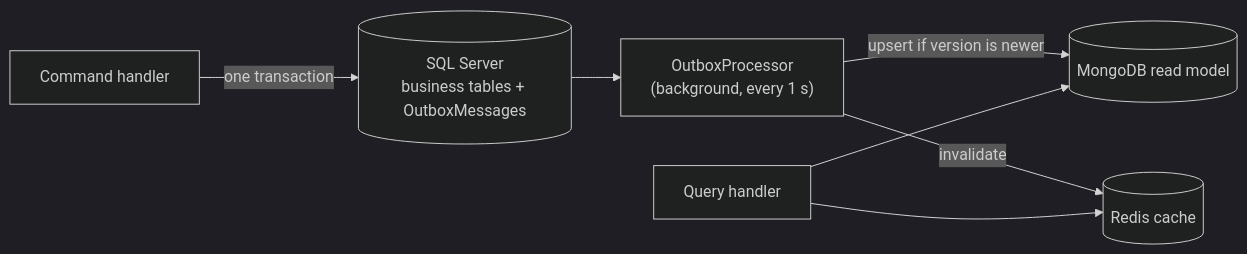
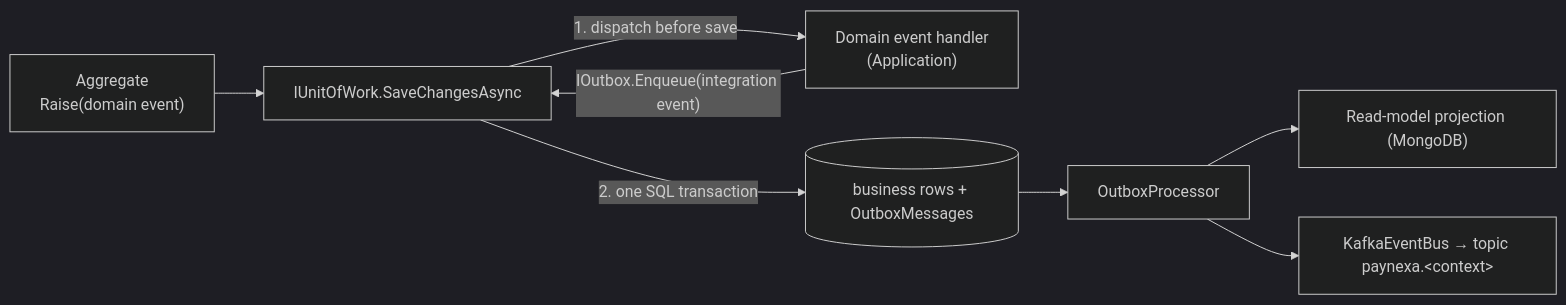
One commit to saidul-islam-rajib/PayNexa changed the diagram in doc/BuildingBlocks.md. Above: the diagram before and after it, drawn with Mermaid (dark theme). The commit also changed other lines of this file and 291 other files, not shown here.

````diff
--- a/doc/BuildingBlocks.md
+++ b/doc/BuildingBlocks.md
@@ -211,9 +93,10 @@
 ```mermaid
 flowchart LR
-    API["Command handler"] -->|"one transaction"| SQL[("SQL Server<br/>business tables + OutboxMessages")]
-    SQL --> Processor["OutboxProcessor<br/>(background, every 1 s)"]
-    Processor -->|"upsert if version is newer"| Mongo[("MongoDB read model")]
-    Processor -->|"invalidate"| Redis[("Redis cache")]
-    Query["Query handler"] --> Redis
-    Query --> Mongo
+    Aggregate["Aggregate<br/>Raise(domain event)"] --> UoW["IUnitOfWork.SaveChangesAsync"]
+    UoW -->|"1. dispatch before save"| Handler["Domain event handler<br/>(Application)"]
+    Handler -->|"IOutbox.Enqueue(integration event)"| UoW
+    UoW -->|"2. one SQL transaction"| SQL[("business rows + OutboxMessages")]
+    SQL --> Processor["OutboxProcessor"]
+    Processor --> Projection["Read-model projection (MongoDB)"]
+    Processor --> Kafka["KafkaEventBus → topic paynexa.&lt;context&gt;"]
 ```
````
